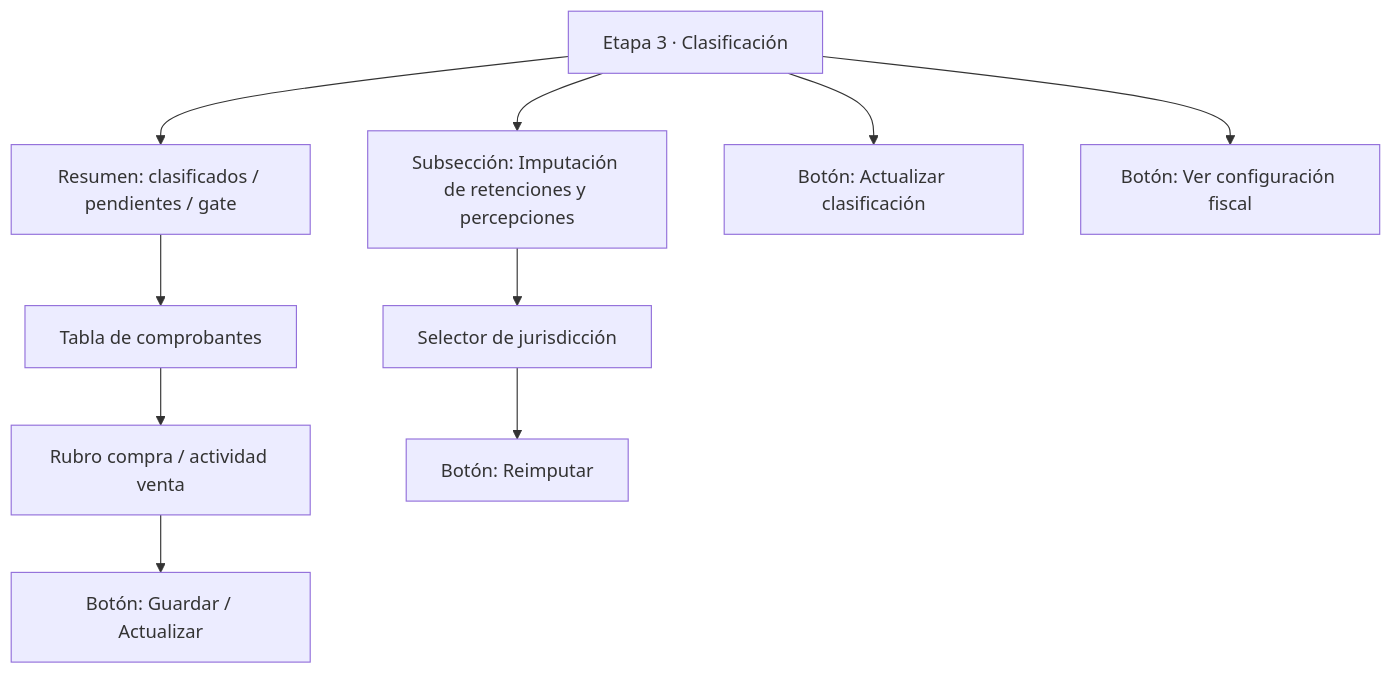
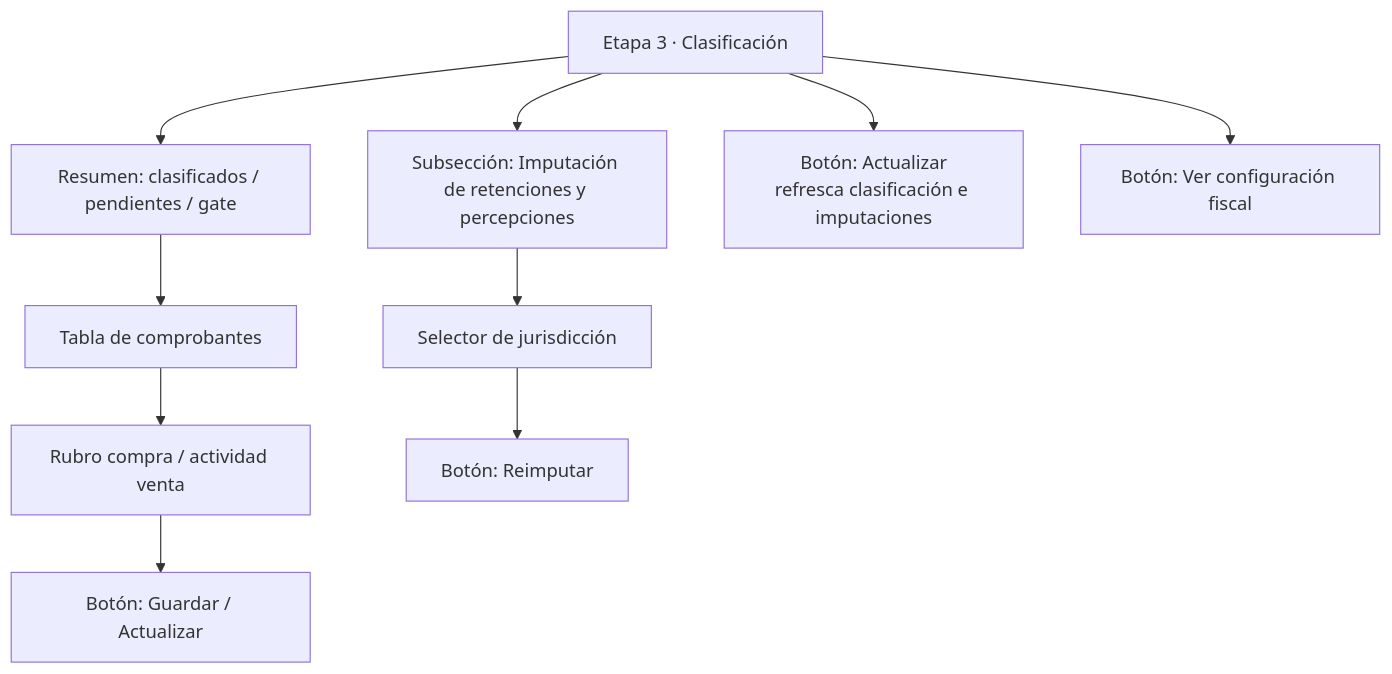
One commit to TataInti/contable changed the fifth of 10 diagrams in docs/flujograma-expediente-mensual.md. Above: the diagram before and after it, drawn with Mermaid. The commit also changed other lines of this file, not shown here.

````diff
--- a/docs/flujograma-expediente-mensual.md
+++ b/docs/flujograma-expediente-mensual.md
@@ -120,12 +121,12 @@
 ```mermaid
 flowchart TD
     A[Etapa 3 · Clasificación] --> B[Resumen: clasificados / pendientes / gate]
     B --> C[Tabla de comprobantes]
     C --> D[Rubro compra / actividad venta]
     D --> E[Botón: Guardar / Actualizar]
     A --> F[Subsección: Imputación de retenciones y percepciones]
     F --> G[Selector de jurisdicción]
     G --> H[Botón: Reimputar]
-    A --> I[Botón: Actualizar clasificación]
+    A --> I[Botón: Actualizar<br/>refresca clasificación e imputaciones]
     A --> J[Botón: Ver configuración fiscal]
 ```
````
